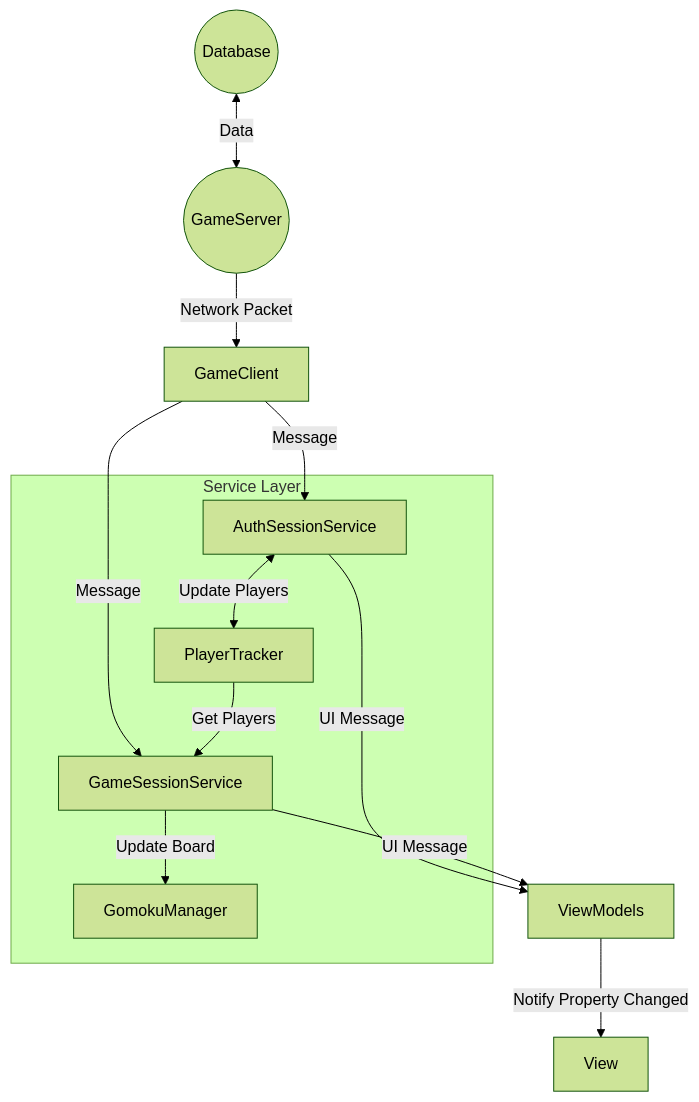
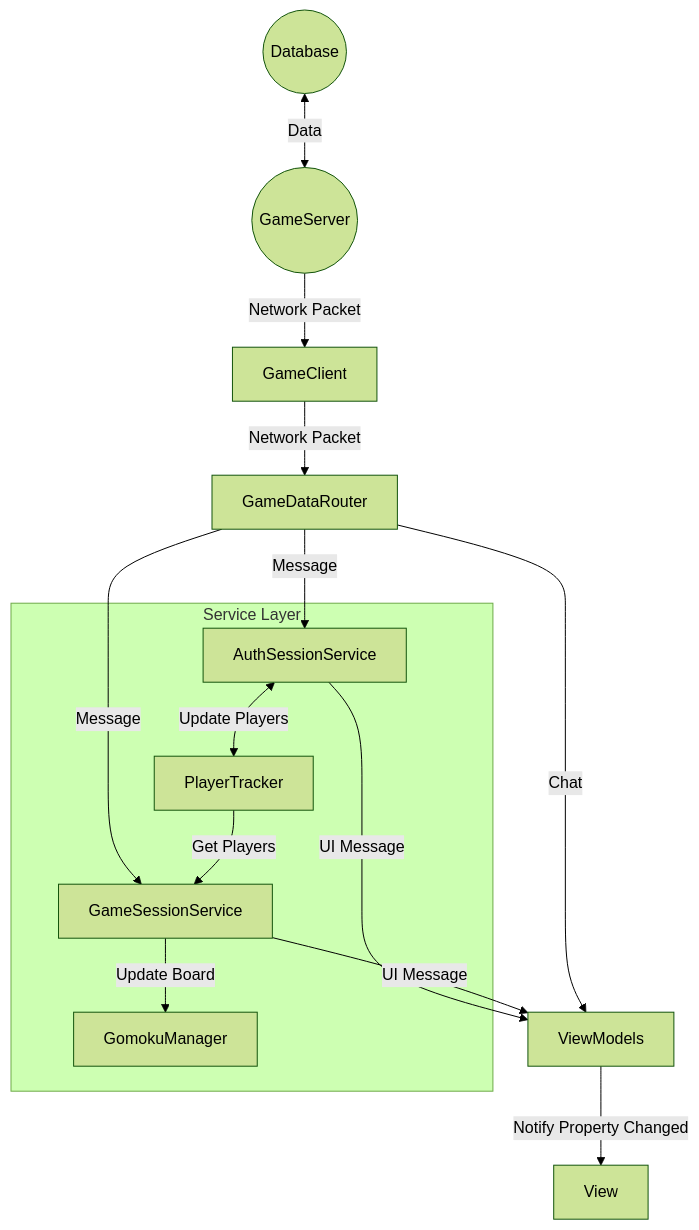
The first of 2 diagrams in README.md (laoraid/gomoku_wpf), drawn with Mermaid (forest theme) before and after one commit. The commit also changed other lines of this file, not shown here.

Commit message:
리드미 갱신 - GameDataRouter 추가

````diff
--- a/README.md
+++ b/README.md
@@ -45,25 +46,27 @@
 ```mermaid
 graph TD
     %% DB 처리
     DB((Database)) -- "Data" <--> Server((GameServer))
     %% 서버 수신
     Server -- "Network Packet" --> Client[GameClient]
     
     %% 클라이언트에서 서비스로 분산
-    Client -- "Message" --> AuthSvc[AuthSessionService]
-    Client -- "Message" --> GameSvc[GameSessionService]
+    Client -- "Network Packet" --> DataRouter[GameDataRouter]
+    DataRouter -- "Message" --> AuthSvc[AuthSessionService]
+    DataRouter -- "Message" --> GameSvc[GameSessionService]
+    DataRouter -- "Chat" --> VM[ViewModels]
     
     %% 서비스 내부 처리
     subgraph Services [Service Layer]
         AuthSvc -- "Update Players" <--> Tracker[PlayerTracker]
         GameSvc -- "Update Board" --> Manager[GomokuManager]
         Tracker -- "Get Players" --> GameSvc
     end
     
     %% 서비스에서 VM으로 알림
-    AuthSvc -- "UI Message" --> VM[ViewModels]
+    AuthSvc -- "UI Message" --> VM
     GameSvc -- "UI Message" --> VM
     
     %% VM에서 UI 갱신
     VM -- "Notify Property Changed" --> UI[View]
 ```
````
